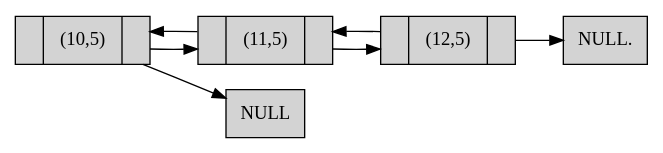
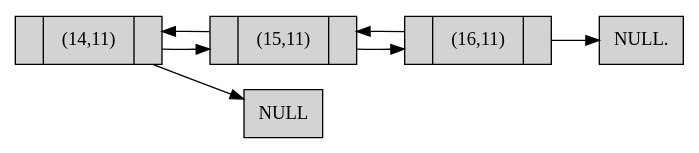
The diagram in EDD_201701133_Ser0.dot (SelvinLP/EDD_1S2019_P1_201701133), drawn with Graphviz before and after one commit. The commit also changed 9 other files, not shown here.

```diff
--- a/EDD_201701133_Ser0.dot
+++ b/EDD_201701133_Ser0.dot
@@ -1,10 +1,10 @@
 digraph List { rankdir=LR 
  size="9,9"
 node[shape=record,style=filled] 
 "NULL" [shape=box] 
 "NULL." [shape=box] 
- "(12,5)"[label ="{|(12,5)|}"]
- "(11,5)"[label ="{|(11,5)|}"]
- "(10,5)"[label ="{|(10,5)|}"]
-  "(12,5)" ->  "(11,5)" ->  "(10,5)" -> "NULL"
- "(10,5)" ->  "(11,5)" ->  "(12,5)" -> "NULL."}
+ "(16,11)"[label ="{|(16,11)|}"]
+ "(15,11)"[label ="{|(15,11)|}"]
+ "(14,11)"[label ="{|(14,11)|}"]
+  "(16,11)" ->  "(15,11)" ->  "(14,11)" -> "NULL"
+ "(14,11)" ->  "(15,11)" ->  "(16,11)" -> "NULL."}
```
